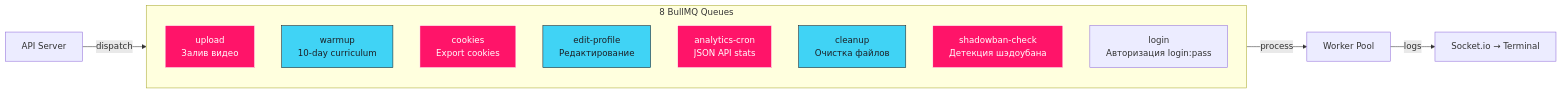
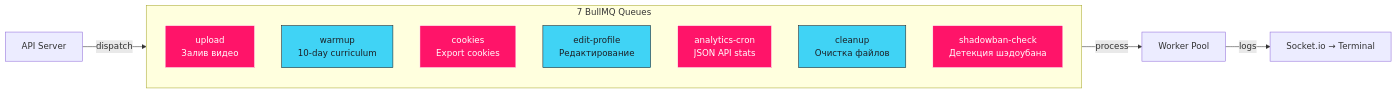
Before and after one commit to simu-lacrum/melonitymedia: the fifth of 6 diagrams in README.md, drawn with Mermaid. The commit also changed other lines of this file and 2 other files, not shown here.

````diff
--- a/README.md
+++ b/README.md
@@ -376,25 +376,24 @@
 ```mermaid
 graph LR
-    subgraph Queues["8 BullMQ Queues"]
+    subgraph Queues["7 BullMQ Queues"]
         Q1["upload<br/>Залив видео"]
         Q2["warmup<br/>10-day curriculum"]
         Q3["cookies<br/>Export cookies"]
         Q4["edit-profile<br/>Редактирование"]
         Q5["analytics-cron<br/>JSON API stats"]
         Q6["cleanup<br/>Очистка файлов"]
         Q7["shadowban-check<br/>Детекция шэдоубана"]
-        Q8["login<br/>Авторизация login:pass"]
     end
 
     API[API Server] -->|dispatch| Queues
     Queues -->|process| WORKER[Worker Pool]
     WORKER -->|logs| SOCKET["Socket.io → Terminal"]
 
     style Q1 fill:#ff1469,stroke:#fff,color:#fff
     style Q2 fill:#40D3F5,stroke:#1c2026,color:#1c2026
     style Q3 fill:#ff1469,stroke:#fff,color:#fff
     style Q4 fill:#40D3F5,stroke:#1c2026,color:#1c2026
     style Q5 fill:#ff1469,stroke:#fff,color:#fff
     style Q6 fill:#40D3F5,stroke:#1c2026,color:#1c2026
     style Q7 fill:#ff1469,stroke:#fff,color:#fff
 ```
````
